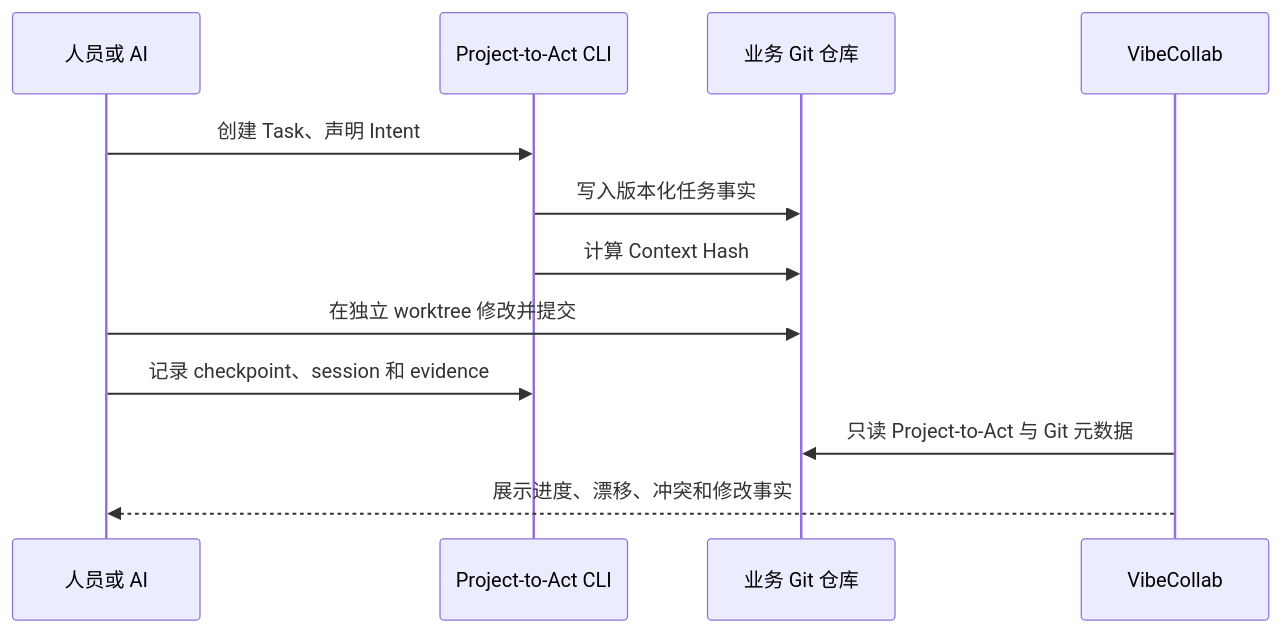
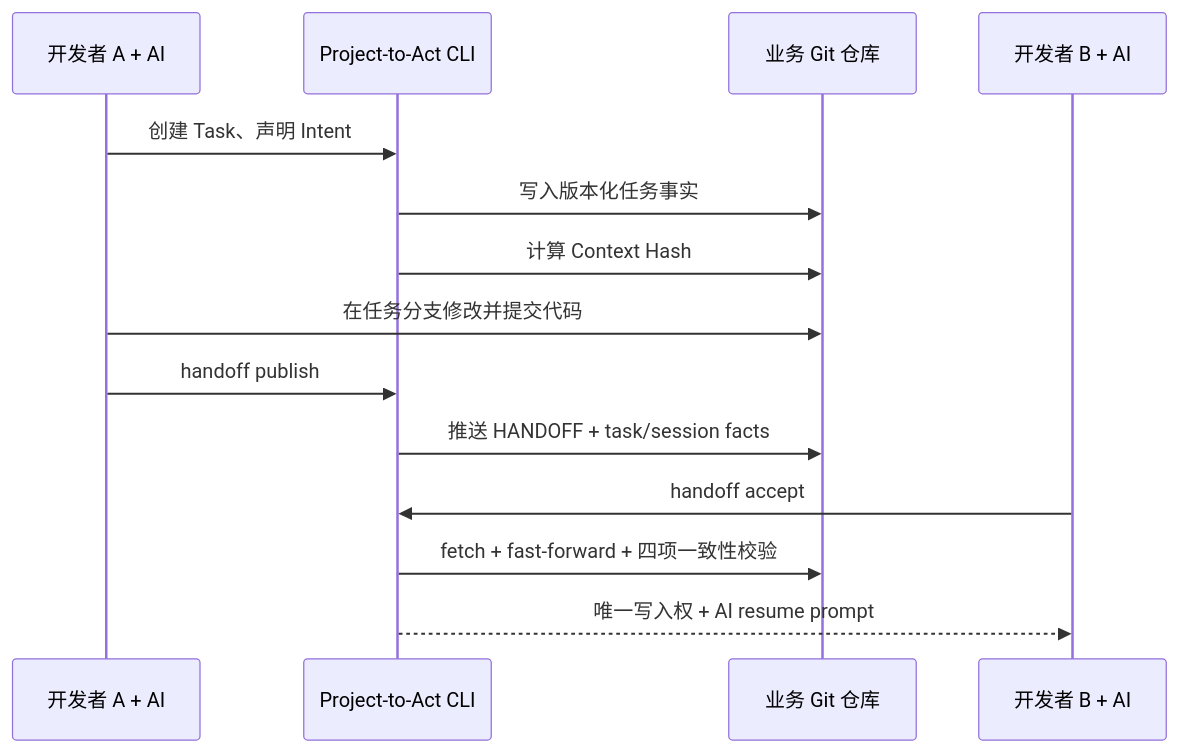
The diagram in docs/ARCHITECTURE.md (redmaplewww/vibecollab), drawn with Mermaid before and after one commit. The commit also changed other lines of this file and 45 other files, not shown here.

Commit message:
feat: add verified single-task handoff

````diff
--- a/docs/ARCHITECTURE.md
+++ b/docs/ARCHITECTURE.md
@@ -30,15 +31,17 @@
 ```mermaid
 sequenceDiagram
-  participant A as 人员或 AI
+  participant A as 开发者 A + AI
   participant P as Project-to-Act CLI
   participant R as 业务 Git 仓库
-  participant V as VibeCollab
+  participant B as 开发者 B + AI
 
   A->>P: 创建 Task、声明 Intent
   P->>R: 写入版本化任务事实
   P->>R: 计算 Context Hash
-  A->>R: 在独立 worktree 修改并提交
-  A->>P: 记录 checkpoint、session 和 evidence
-  V->>R: 只读 Project-to-Act 与 Git 元数据
-  V-->>A: 展示进度、漂移、冲突和修改事实
+  A->>R: 在任务分支修改并提交代码
+  A->>P: handoff publish
+  P->>R: 推送 HANDOFF + task/session facts
+  B->>P: handoff accept
+  P->>R: fetch + fast-forward + 四项一致性校验
+  P-->>B: 唯一写入权 + AI resume prompt
 ```
````
